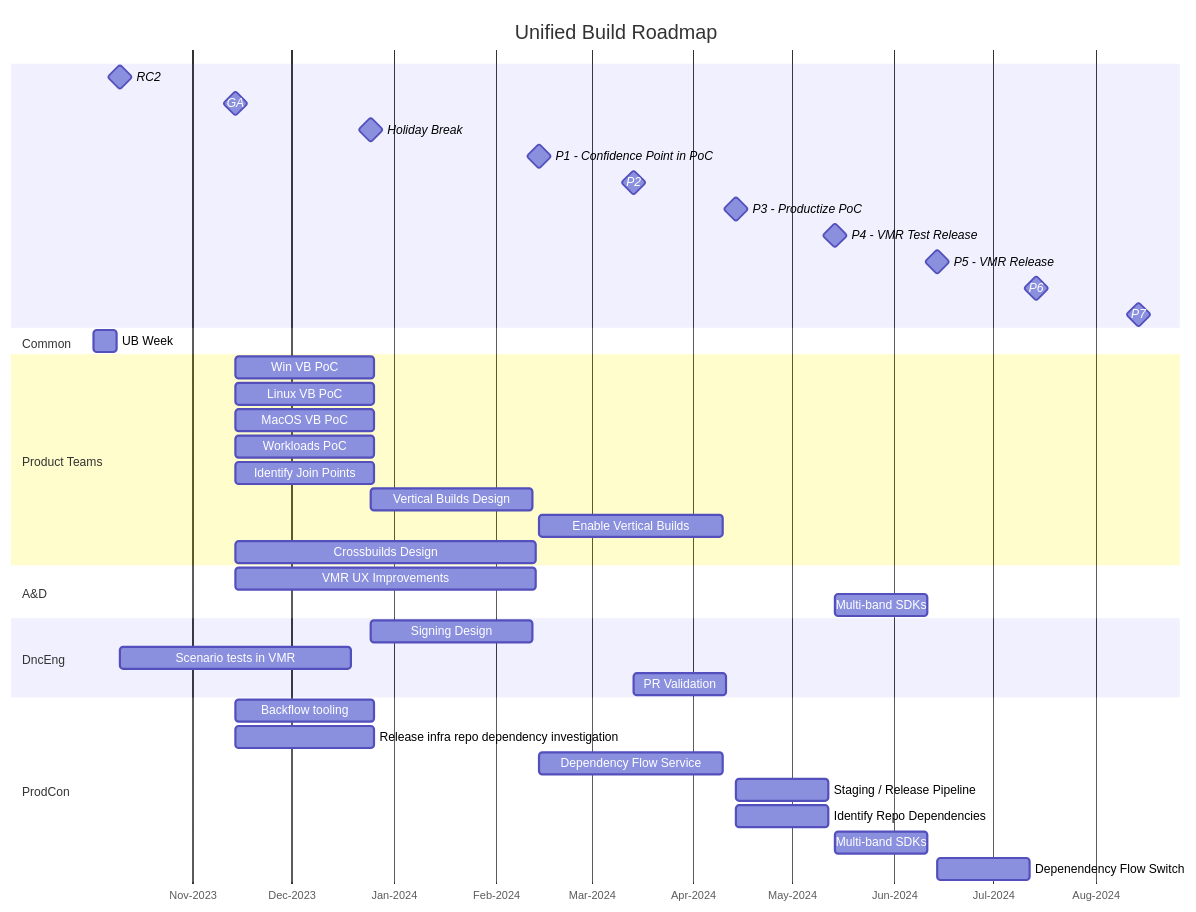
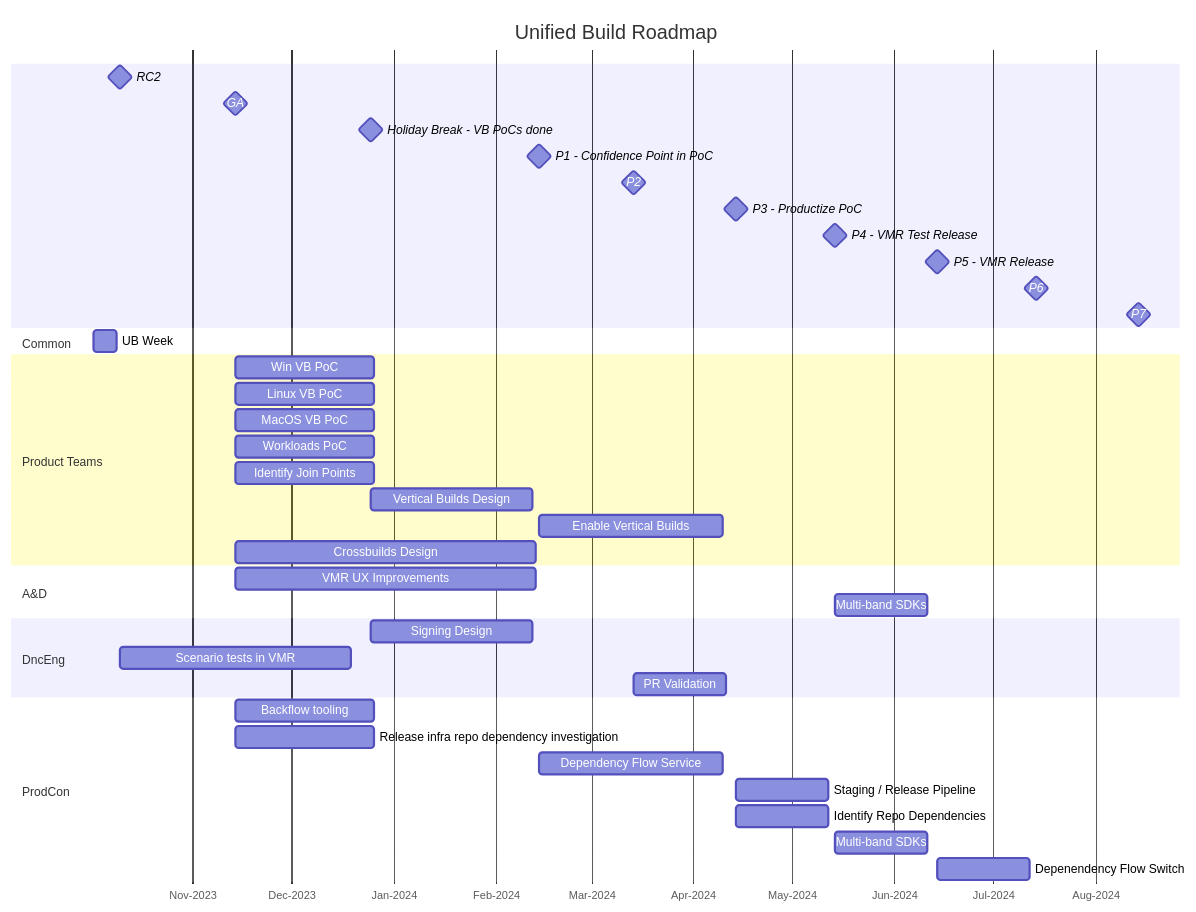
One commit to dotnet/arcade changed the diagram in Documentation/UnifiedBuild/UB-Roadmap-Gantt.md. Above: the diagram before and after it, drawn with Mermaid.

Commit message:
Milestone update

````diff
--- a/Documentation/UnifiedBuild/UB-Roadmap-Gantt.md
+++ b/Documentation/UnifiedBuild/UB-Roadmap-Gantt.md
@@ -3,47 +3,47 @@
 ```mermaid
 gantt
     title Unified Build Roadmap
     axisFormat %b-%Y
     RC2: milestone, net8-rc2, 2023-10-10, 0
     GA: milestone, net8-ga, 2023-11-14, 0
-    Holiday Break: milestone, holiday, 2023-12-25, 0
+    Holiday Break - VB PoCs done: milestone, holiday, 2023-12-25, 0
     %% delta between Holiday and P1 is 7w
     P1 - Confidence Point in PoC: milestone, net9-p1, 2024-02-14, 0
     P2: milestone, net9-p2, 2024-03-14, 0
     P3 - Productize PoC: milestone, net9-p3, 2024-04-14, 0
     P4 - VMR Test Release: milestone, net9-p4, 2024-05-14, 0
     P5 - VMR Release: milestone, net9-p5, 2024-06-14, 0
     P6: milestone, net9-p6, 2024-07-14, 0
     P7: milestone, net9-p7, 2024-08-14, 0
  
     section Common
         UB Week: ub-week, 2023-10-02, 1w
 
     section Product Teams
         Win VB PoC: after net8-ga, 6w
         Linux VB PoC: after net8-ga, 6w
         MacOS VB PoC: after net8-ga, 6w
         Workloads PoC: after net8-ga, 6w
         Identify Join Points: after net8-ga, 6w
         Vertical Builds Design: after holiday, 7w
         Enable Vertical Builds: after net9-p1, 8w
         Crossbuilds Design: after net8-ga, 13w
 
     section A&D
         VMR UX Improvements: after net8-ga, 13w
         Multi-band SDKs: after net9-p4, 4w
 
     section DncEng
         Signing Design: after holiday, 7w
         Scenario tests in VMR: after net8-rc2, 10w
         PR Validation: after net9-p2, 4w
 
     section ProdCon
         Backflow tooling: after net8-ga, 6w
         Release infra repo dependency investigation: after net8-ga, 6w
         Dependency Flow Service: after net9-p1, 8w
         Staging / Release Pipeline: after net9-p3, 4w
         Identify Repo Dependencies: after net9-p3, 4w
         Multi-band SDKs: after net9-p4, 4w
         Depenendency Flow Switch: after net9-p5, 4w
 ```
````
